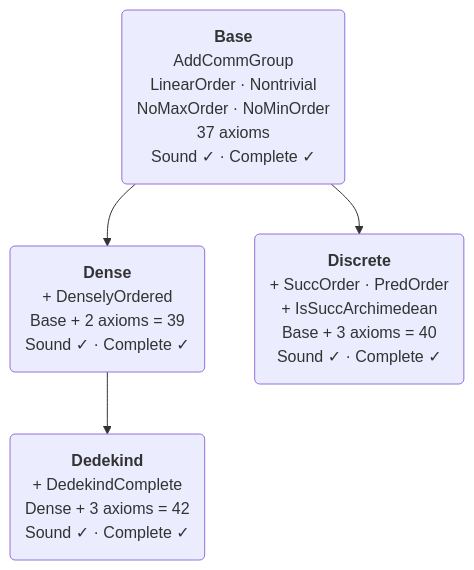
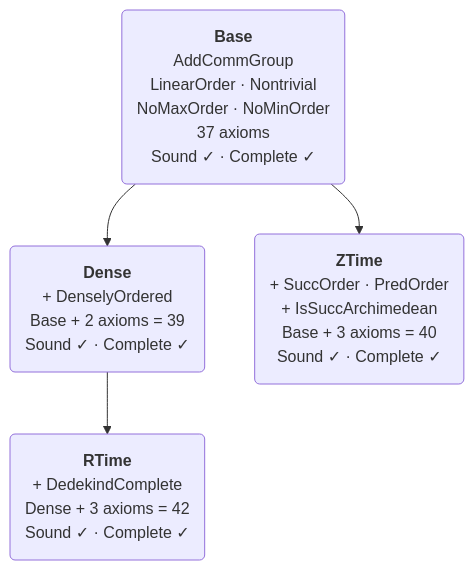
One commit to benbrastmckie/ProofChecker changed the diagram in README.md. Above: the diagram before and after it, drawn with Mermaid. The commit also changed other lines of this file and 28 other files, not shown here.

````diff
--- a/README.md
+++ b/README.md
@@ -172,11 +172,11 @@
 ```mermaid
 graph TD
     B("<b>Base</b><br/>AddCommGroup<br/>LinearOrder · Nontrivial<br/>NoMaxOrder · NoMinOrder<br/>37 axioms<br/>Sound ✓ · Complete ✓")
     D("<b>Dense</b><br/>+ DenselyOrdered<br/>Base + 2 axioms = 39<br/>Sound ✓ · Complete ✓")
-    C("<b>Dedekind</b><br/>+ DedekindComplete<br/>Dense + 3 axioms = 42<br/>Sound ✓ · Complete ✓")
-    Z("<b>Discrete</b><br/>+ SuccOrder · PredOrder<br/>+ IsSuccArchimedean<br/>Base + 3 axioms = 40<br/>Sound ✓ · Complete ✓")
+    C("<b>RTime</b><br/>+ DedekindComplete<br/>Dense + 3 axioms = 42<br/>Sound ✓ · Complete ✓")
+    Z("<b>ZTime</b><br/>+ SuccOrder · PredOrder<br/>+ IsSuccArchimedean<br/>Base + 3 axioms = 40<br/>Sound ✓ · Complete ✓")
 
     B --> D
     D --> C
     B --> Z
 ```
````
